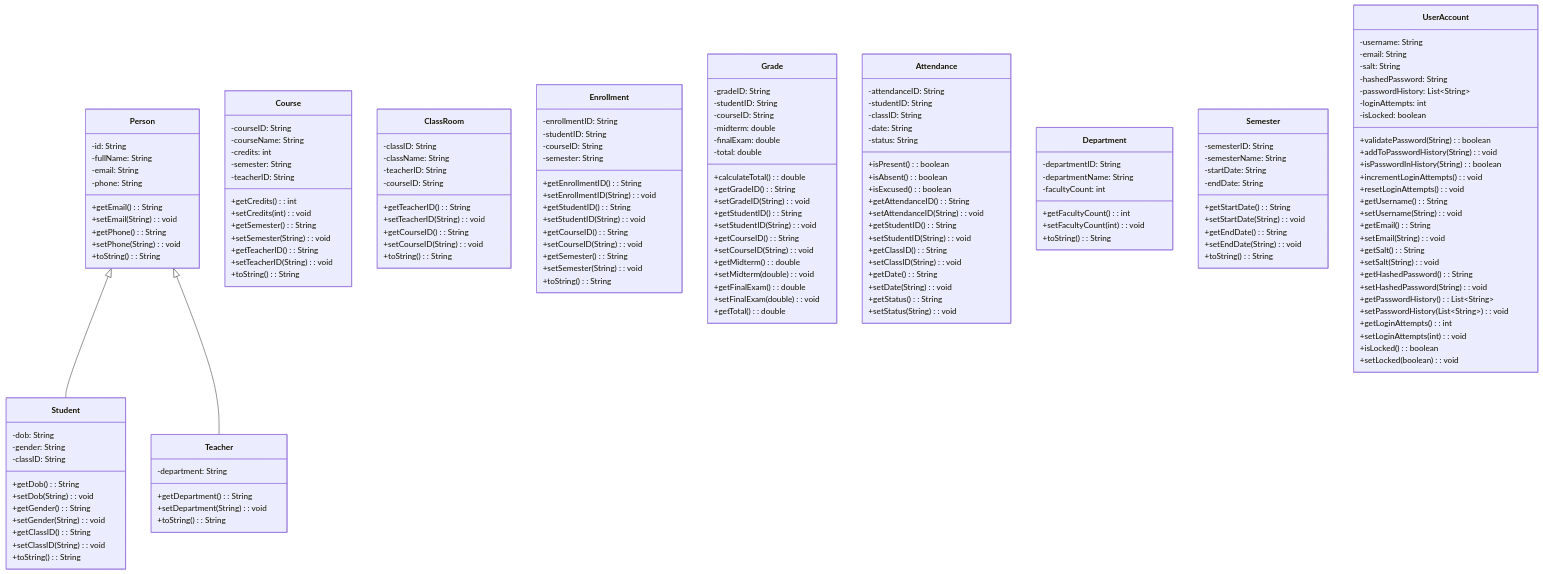
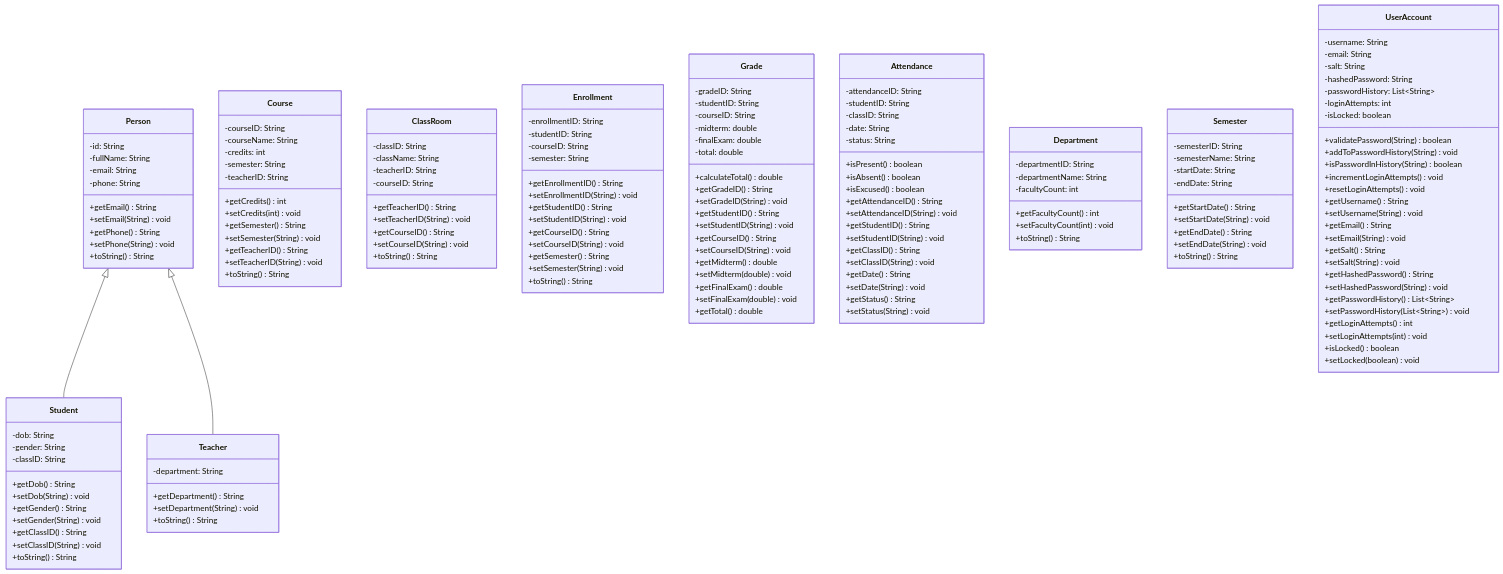
One commit to phucphuc2006/pro-192 changed the diagram in docs/ClassDiagrams/ClassDiagram.md. Above: the diagram before and after it, drawn with Mermaid.

Commit message:
Standardize method formatting by removing colons in source code

````diff
--- a/docs/ClassDiagrams/ClassDiagram.md
+++ b/docs/ClassDiagrams/ClassDiagram.md
@@ -9,31 +9,31 @@
         -fullName: String
         -email: String
         -phone: String
-        +getEmail(): String
-        +setEmail(String): void
-        +getPhone(): String
-        +setPhone(String): void
-        +toString(): String
+        +getEmail() String
+        +setEmail(String) void
+        +getPhone() String
+        +setPhone(String) void
+        +toString() String
     }
 
     class Student {
         -dob: String
         -gender: String
         -classID: String
-        +getDob(): String
-        +setDob(String): void
-        +getGender(): String
-        +setGender(String): void
-        +getClassID(): String
-        +setClassID(String): void
-        +toString(): String
+        +getDob() String
+        +setDob(String) void
+        +getGender() String
+        +setGender(String) void
+        +getClassID() String
+        +setClassID(String) void
+        +toString() String
     }
 
     class Teacher {
         -department: String
-        +getDepartment(): String
-        +setDepartment(String): void
-        +toString(): String
+        +getDepartment() String
+        +setDepartment(String) void
+        +toString() String
     }
 
     Person <|-- Student
@@ -45,13 +45,13 @@
         -credits: int
         -semester: String
         -teacherID: String
-        +getCredits(): int
-        +setCredits(int): void
-        +getSemester(): String
-        +setSemester(String): void
-        +getTeacherID(): String
-        +setTeacherID(String): void
-        +toString(): String
+        +getCredits() int
+        +setCredits(int) void
+        +getSemester() String
+        +setSemester(String) void
+        +getTeacherID() String
+        +setTeacherID(String) void
+        +toString() String
     }
 
     class ClassRoom {
@@ -59,11 +59,11 @@
         -className: String
         -teacherID: String
         -courseID: String
-        +getTeacherID(): String
-        +setTeacherID(String): void
-        +getCourseID(): String
-        +setCourseID(String): void
-        +toString(): String
+        +getTeacherID() String
+        +setTeacherID(String) void
+        +getCourseID() String
+        +setCourseID(String) void
+        +toString() String
     }
 
     class Enrollment {
@@ -71,15 +71,15 @@
         -studentID: String
         -courseID: String
         -semester: String
-        +getEnrollmentID(): String
-        +setEnrollmentID(String): void
-        +getStudentID(): String
-        +setStudentID(String): void
-        +getCourseID(): String
-        +setCourseID(String): void
-        +getSemester(): String
-        +setSemester(String): void
-        +toString(): String
+        +getEnrollmentID() String
+        +setEnrollmentID(String) void
+        +getStudentID() String
+        +setStudentID(String) void
+        +getCourseID() String
+        +setCourseID(String) void
+        +getSemester() String
+        +setSemester(String) void
+        +toString() String
     }
 
     class Grade {
@@ -89,18 +89,18 @@
         -midterm: double
         -finalExam: double
         -total: double
-        +calculateTotal(): double
-        +getGradeID(): String
-        +setGradeID(String): void
-        +getStudentID(): String
-        +setStudentID(String): void
-        +getCourseID(): String
-        +setCourseID(String): void
-        +getMidterm(): double
-        +setMidterm(double): void
-        +getFinalExam(): double
-        +setFinalExam(double): void
-        +getTotal(): double
+        +calculateTotal() double
+        +getGradeID() String
+        +setGradeID(String) void
+        +getStudentID() String
+        +setStudentID(String) void
+        +getCourseID() String
+        +setCourseID(String) void
+        +getMidterm() double
+        +setMidterm(double) void
+        +getFinalExam() double
+        +setFinalExam(double) void
+        +getTotal() double
     }
 
     class Attendance {
@@ -109,28 +109,28 @@
         -classID: String
         -date: String
         -status: String
-        +isPresent(): boolean
-        +isAbsent(): boolean
-        +isExcused(): boolean
-        +getAttendanceID(): String
-        +setAttendanceID(String): void
-        +getStudentID(): String
-        +setStudentID(String): void
-        +getClassID(): String
-        +setClassID(String): void
-        +getDate(): String
-        +setDate(String): void
-        +getStatus(): String
-        +setStatus(String): void
+        +isPresent() boolean
+        +isAbsent() boolean
+        +isExcused() boolean
+        +getAttendanceID() String
+        +setAttendanceID(String) void
+        +getStudentID() String
+        +setStudentID(String) void
+        +getClassID() String
+        +setClassID(String) void
+        +getDate() String
+        +setDate(String) void
+        +getStatus() String
+        +setStatus(String) void
     }
 
     class Department {
         -departmentID: String
         -departmentName: String
         -facultyCount: int
-        +getFacultyCount(): int
-        +setFacultyCount(int): void
-        +toString(): String
+        +getFacultyCount() int
+        +setFacultyCount(int) void
+        +toString() String
     }
 
     class Semester {
@@ -138,11 +138,11 @@
         -semesterName: String
         -startDate: String
         -endDate: String
-        +getStartDate(): String
-        +setStartDate(String): void
-        +getEndDate(): String
-        +setEndDate(String): void
-        +toString(): String
+        +getStartDate() String
+        +setStartDate(String) void
+        +getEndDate() String
+        +setEndDate(String) void
+        +toString() String
     }
 
     class UserAccount {
@@ -153,24 +153,24 @@
         -passwordHistory: List~String~
         -loginAttempts: int
         -isLocked: boolean
-        +validatePassword(String): boolean
-        +addToPasswordHistory(String): void
-        +isPasswordInHistory(String): boolean
-        +incrementLoginAttempts(): void
-        +resetLoginAttempts(): void
-        +getUsername(): String
-        +setUsername(String): void
-        +getEmail(): String
-        +setEmail(String): void
-        +getSalt(): String
-        +setSalt(String): void
-        +getHashedPassword(): String
-        +setHashedPassword(String): void
-        +getPasswordHistory(): List~String~
-        +setPasswordHistory(List~String~): void
-        +getLoginAttempts(): int
-        +setLoginAttempts(int): void
-        +isLocked(): boolean
-        +setLocked(boolean): void
+        +validatePassword(String) boolean
+        +addToPasswordHistory(String) void
+        +isPasswordInHistory(String) boolean
+        +incrementLoginAttempts() void
+        +resetLoginAttempts() void
+        +getUsername() String
+        +setUsername(String) void
+        +getEmail() String
+        +setEmail(String) void
+        +getSalt() String
+        +setSalt(String) void
+        +getHashedPassword() String
+        +setHashedPassword(String) void
+        +getPasswordHistory() List~String~
+        +setPasswordHistory(List~String~) void
+        +getLoginAttempts() int
+        +setLoginAttempts(int) void
+        +isLocked() boolean
+        +setLocked(boolean) void
     }
 ```
````
